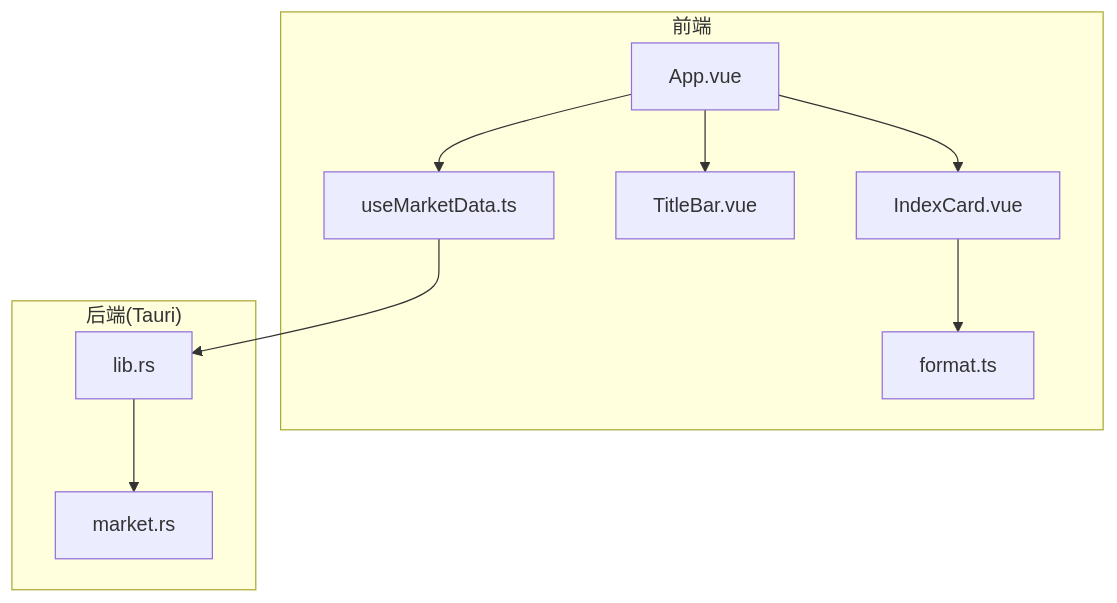
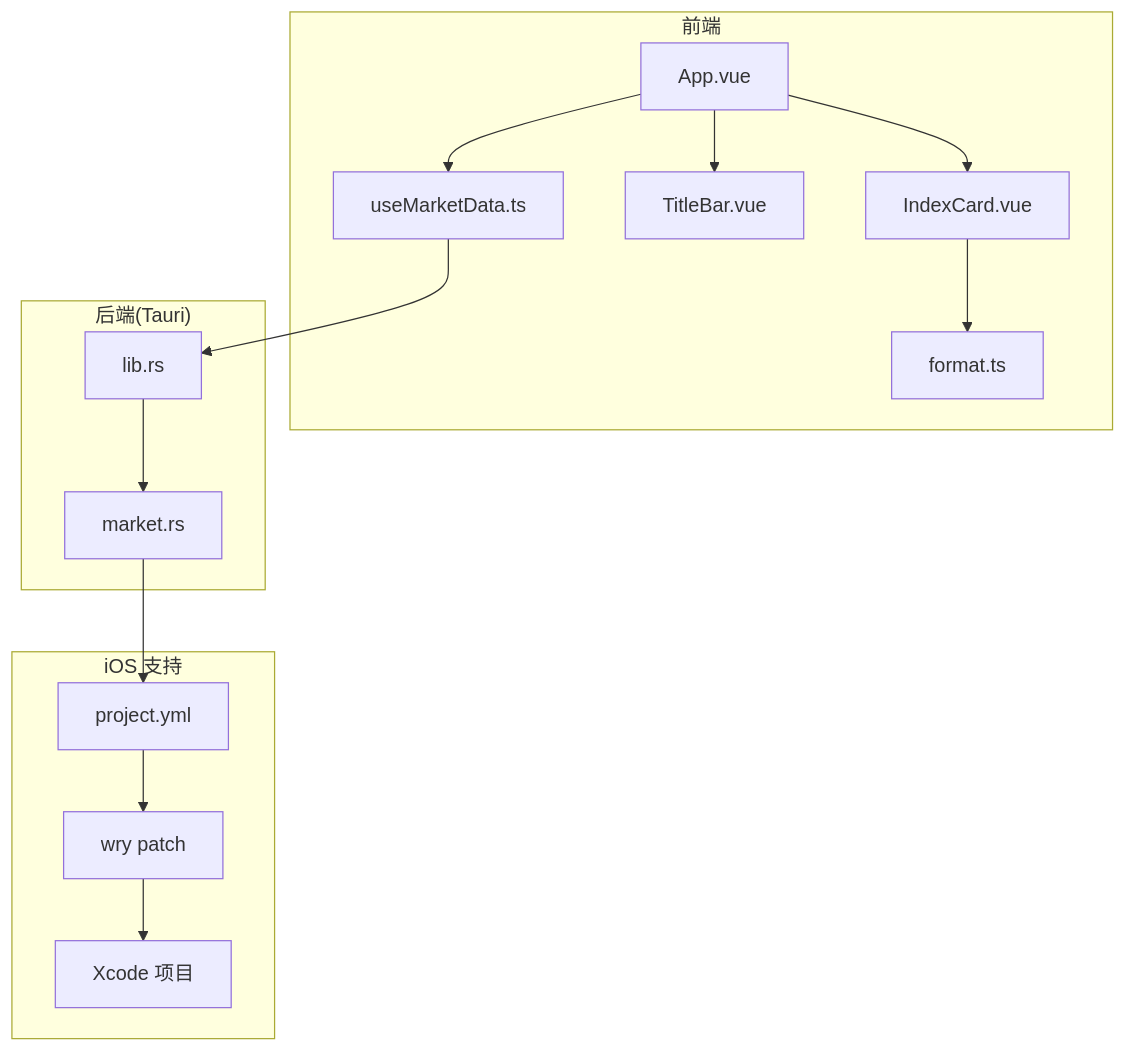
Before and after one commit to jiashaoying/hq-kanban-app: the first of 5 diagrams in .qoder/repowiki/zh/content/开发指南.md, drawn with Mermaid. The commit also changed other lines of this file and 17 other files, not shown here.

First line of the commit message:
feat: 指数详情页功能（分时线/K线图表）

````diff
--- a/.qoder/repowiki/zh/content/开发指南.md
+++ b/.qoder/repowiki/zh/content/开发指南.md
@@ -42,20 +51,28 @@
 ```mermaid
 graph TB
 subgraph "前端"
 A["App.vue"]
 B["useMarketData.ts"]
 C["TitleBar.vue"]
 D["IndexCard.vue"]
 E["format.ts"]
 end
 subgraph "后端(Tauri)"
 F["lib.rs"]
 G["market.rs"]
 end
+subgraph "iOS 支持"
+H["project.yml"]
+I["wry patch"]
+J["Xcode 项目"]
+end
 A --> B
 A --> C
 A --> D
 D --> E
 B --> F
 F --> G
+G --> H
+H --> I
+I --> J
 ```
````
